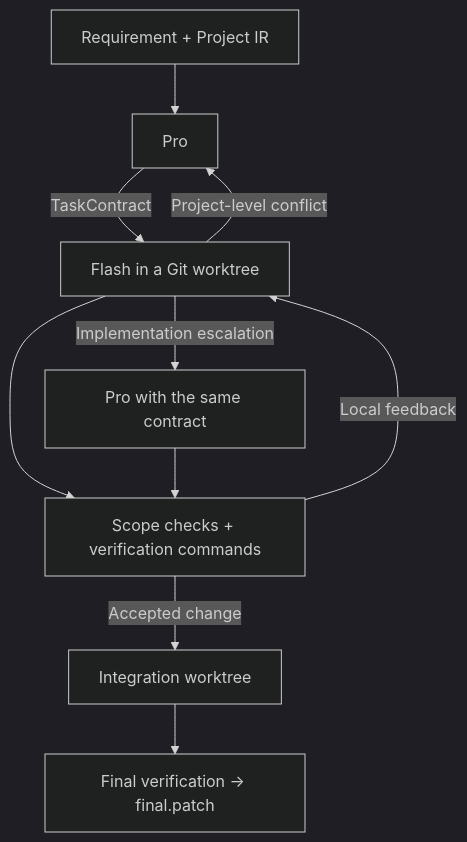
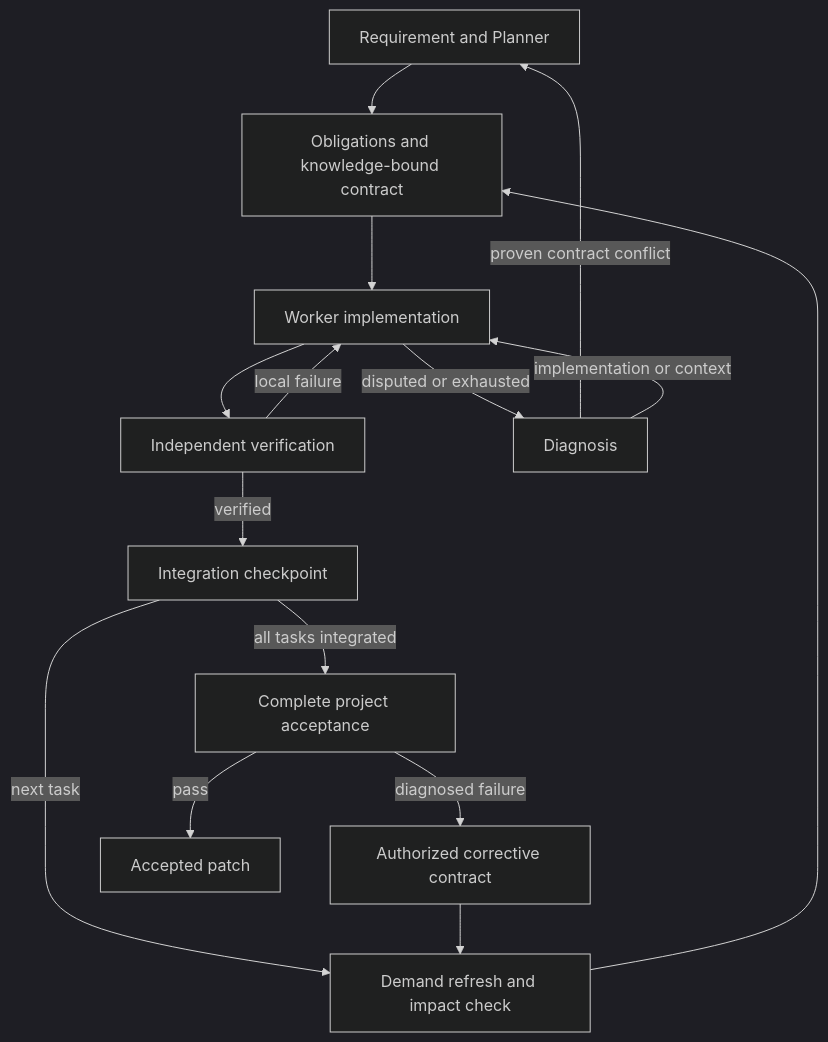
The diagram in README.md (Muzhizyy/pi-coordination-harness), drawn with Mermaid (dark theme) before and after one commit. The commit also changed other lines of this file and 28 other files, not shown here.

````diff
--- a/README.md
+++ b/README.md
@@ -88,12 +90,17 @@
 ```mermaid
 flowchart TD
-    R[Requirement + Project IR] --> P[Pro]
-    P -->|TaskContract| F[Flash in a Git worktree]
-    F --> V[Scope checks + verification commands]
-    V -->|Local feedback| F
-    F -->|Project-level conflict| P
-    F -->|Implementation escalation| S[Pro with the same contract]
-    S --> V
-    V -->|Accepted change| I[Integration worktree]
-    I --> O[Final verification → final.patch]
+    P["Requirement and Planner"] --> C["Obligations and knowledge-bound contract"]
+    C --> W["Worker implementation"]
+    W --> V["Independent verification"]
+    V -->|local failure| W
+    W -->|disputed or exhausted| D["Diagnosis"]
+    D -->|proven contract conflict| P
+    D -->|implementation or context| W
+    V -->|verified| I["Integration checkpoint"]
+    I -->|next task| K["Demand refresh and impact check"]
+    K --> C
+    I -->|all tasks integrated| F["Complete project acceptance"]
+    F -->|diagnosed failure| R["Authorized corrective contract"]
+    R --> K
+    F -->|pass| O["Accepted patch"]
 ```
````
